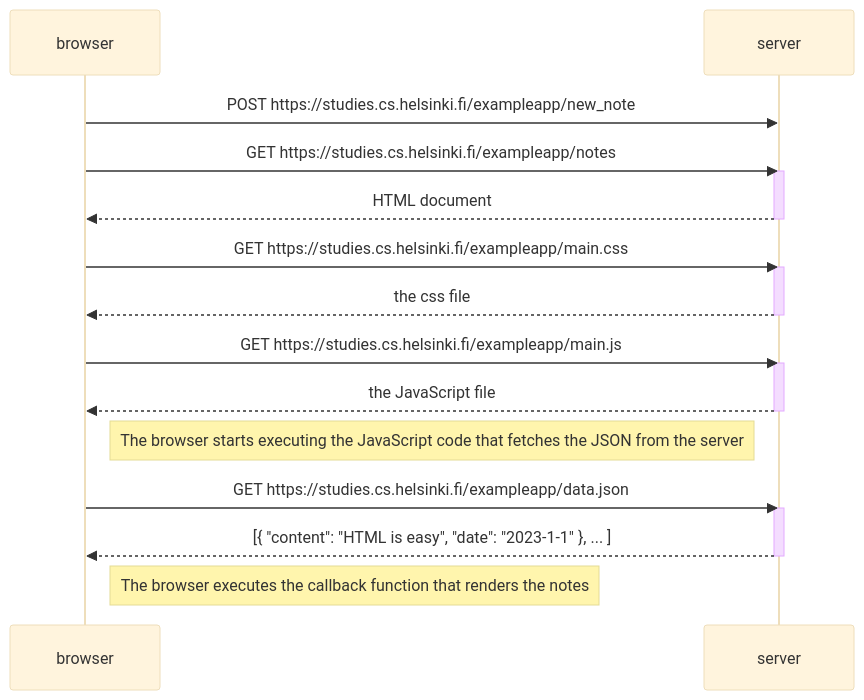
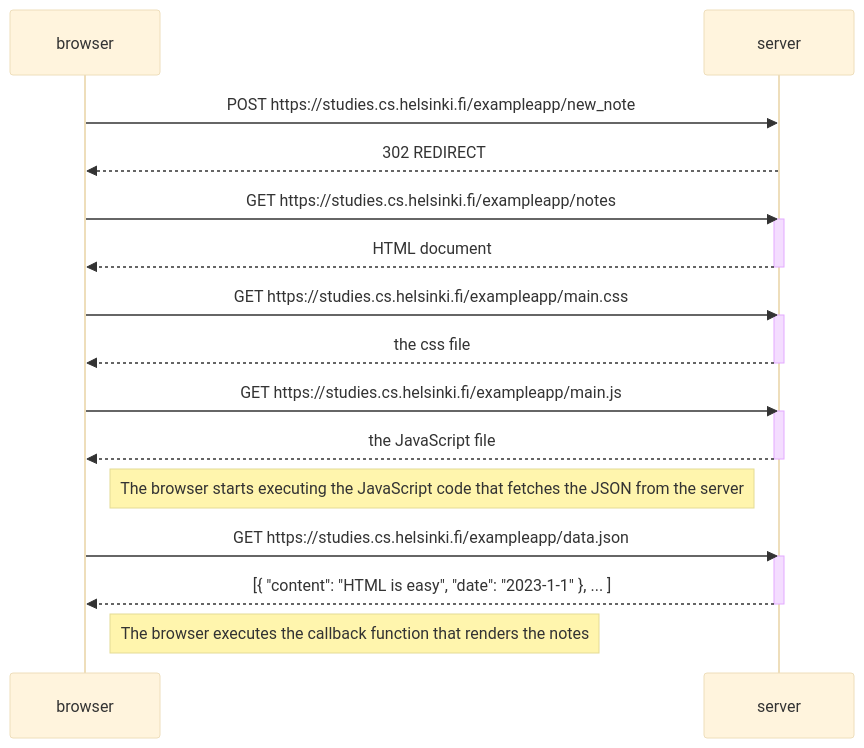
The diagram in Tehtävä 0.4.md (Waltter2211/Full-stack-palautus), drawn with Mermaid (base theme) before and after one commit.

Commit message:
Update Tehtävä 0.4.md

````diff
--- a/Tehtävä 0.4.md
+++ b/Tehtävä 0.4.md
@@ -1,30 +1,31 @@
 ```mermaid
 sequenceDiagram
     participant browser
     participant server
     
     browser->>server: POST https://studies.cs.helsinki.fi/exampleapp/new_note
+    server-->>browser: 302 REDIRECT
     browser->>server: GET https://studies.cs.helsinki.fi/exampleapp/notes
     activate server
     server-->>browser: HTML document
     deactivate server
     
     browser->>server: GET https://studies.cs.helsinki.fi/exampleapp/main.css
     activate server
     server-->>browser: the css file
     deactivate server
     
     browser->>server: GET https://studies.cs.helsinki.fi/exampleapp/main.js
     activate server
     server-->>browser: the JavaScript file
     deactivate server
     
     Note right of browser: The browser starts executing the JavaScript code that fetches the JSON from the server
     
     browser->>server: GET https://studies.cs.helsinki.fi/exampleapp/data.json
     activate server
     server-->>browser: [{ "content": "HTML is easy", "date": "2023-1-1" }, ... ]
     deactivate server    
 
     Note right of browser: The browser executes the callback function that renders the notes 
 ```
````
